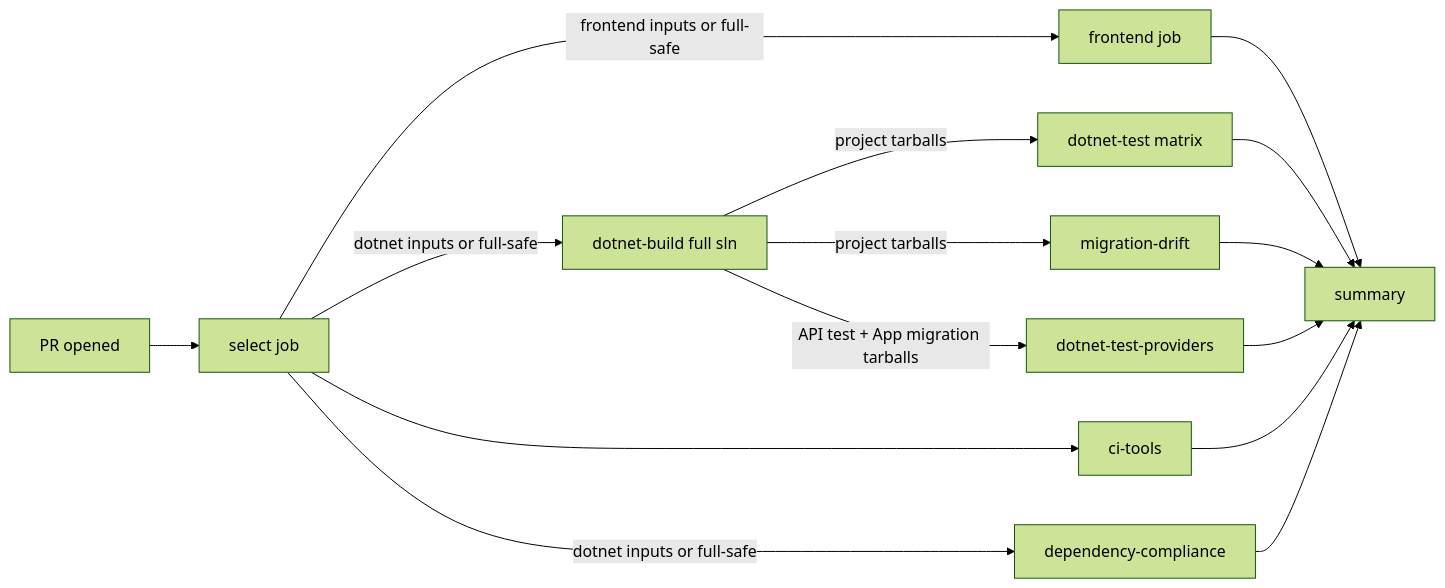
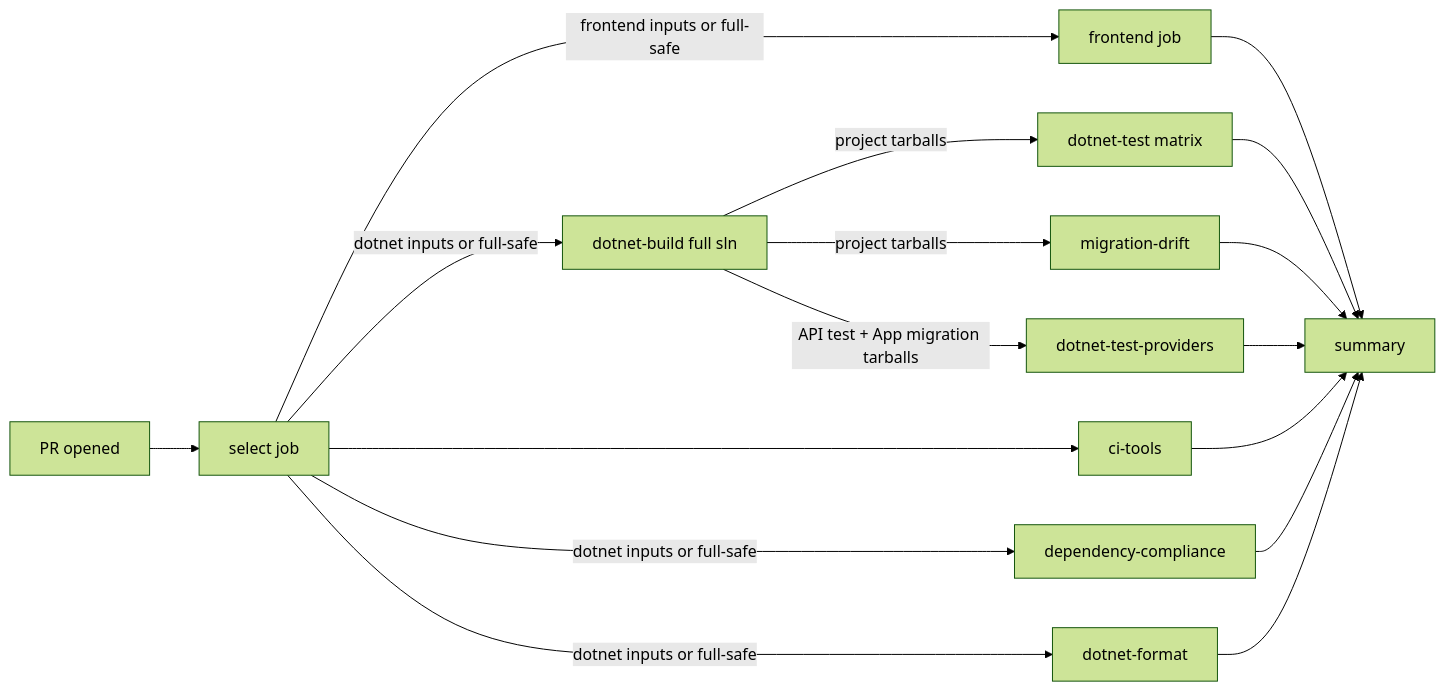
One commit to OlyForge3D/PrintFarmer changed the diagram in docs/CI.md. Above: the diagram before and after it, drawn with Mermaid (forest theme). The commit also changed other lines of this file and 71 other files, not shown here.

First line of the commit message:
chore(testing): reconcile dotnet format verification with baseline debt (#3089)

````diff
--- a/docs/CI.md
+++ b/docs/CI.md
@@ -19,17 +20,19 @@
 ```mermaid
 flowchart LR
   A[PR opened] --> B[select job]
   B -->|frontend inputs or full-safe| C[frontend job]
   B -->|dotnet inputs or full-safe| D[dotnet-build full sln]
   D -->|project tarballs| E[dotnet-test matrix]
   D -->|project tarballs| F[migration-drift]
   D -->|API test + App migration tarballs| J[dotnet-test-providers]
   B --> G[ci-tools]
   B -->|dotnet inputs or full-safe| I[dependency-compliance]
+  B -->|dotnet inputs or full-safe| K[dotnet-format]
   C --> H[summary]
   E --> H
   F --> H
   J --> H
   G --> H
   I --> H
+  K --> H
 ```
````
